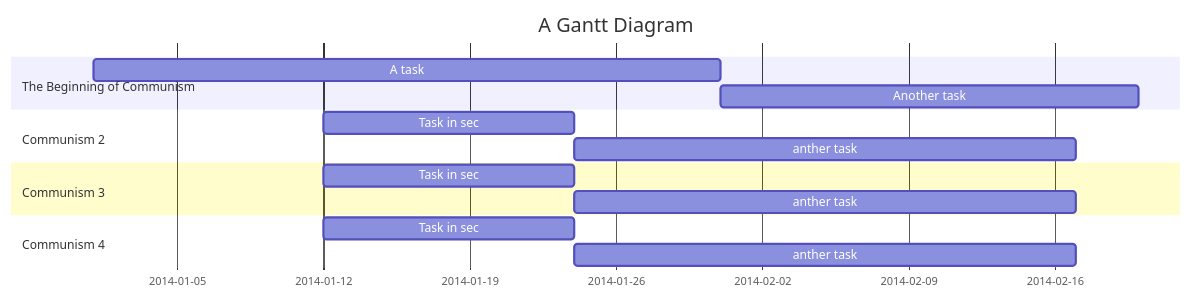
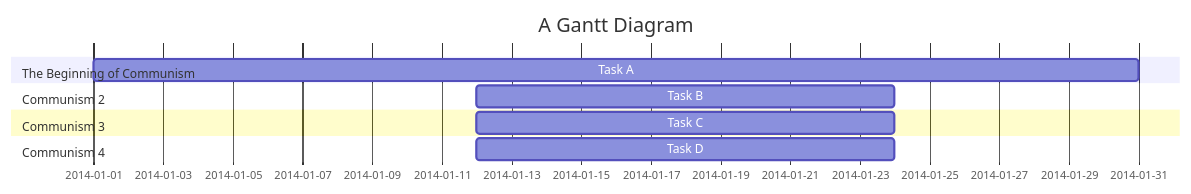
Before and after one commit to C109118214/Group02: the diagram in README.md, drawn with Mermaid.

````diff
--- a/README.md
+++ b/README.md
@@ -13,17 +13,13 @@
 ```mermaid
 gantt
     title A Gantt Diagram
 
     section The Beginning of Communism
-    A task           :a1, 2014-01-01, 30d
-    Another task     :after a1  , 20d
+    Task A           :a1, 2014-01-01, 30d
     section Communism 2
-    Task in sec      :2014-01-12  , 12d
-    anther task      : 24d
+    Task B      :2014-01-12  , 12d
     section Communism 3
-    Task in sec      :2014-01-12  , 12d
-    anther task      : 24d
+    Task C      :2014-01-12  , 12d
     section Communism 4
-    Task in sec      :2014-01-12  , 12d
-    anther task      : 24d
+    Task D      :2014-01-12  , 12d
 ```
````
